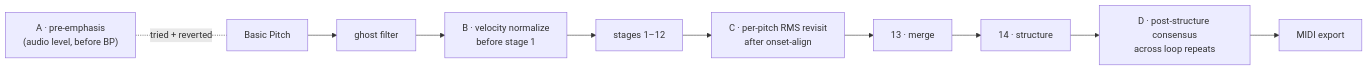
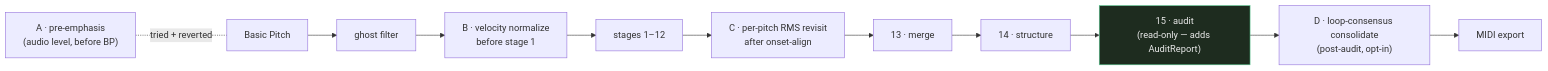
One commit to samuelsanchez175-oss/dashboard-ui-x changed the third of 3 diagrams in docs/chord-detector-pipeline.md. Above: the diagram before and after it, drawn with Mermaid. The commit also changed other lines of this file, not shown here.

First line of the commit message:
docs(chord-detector): pipeline map — add the audit pass

````diff
--- a/docs/chord-detector-pipeline.md
+++ b/docs/chord-detector-pipeline.md
@@ -154,13 +163,16 @@
 ```mermaid
 flowchart LR
     P1["A · pre-emphasis<br/>(audio level, before BP)"] -. tried + reverted .- BPstage
     BPstage["Basic Pitch"] --> ghost
     ghost["ghost filter"] --> P2
     P2["B · velocity normalize<br/>before stage 1"] --> stages1to12
     stages1to12["stages 1–12"] --> P3
     P3["C · per-pitch RMS revisit<br/>after onset-align"] --> S13
     S13["13 · merge"] --> S14
-    S14["14 · structure"] --> P4
-    P4["D · post-structure consensus<br/>across loop repeats"] --> EXPORT
+    S14["14 · structure"] --> S15
+    S15["15 · audit<br/>(read-only — adds AuditReport)"]:::landed
+    S15 --> P4
+    P4["D · loop-consensus consolidate<br/>(post-audit, opt-in)"] --> EXPORT
     EXPORT["MIDI export"]
+    classDef landed fill:#1e2c1f,stroke:#54C98E,color:#eaeaea;
 ```
````
